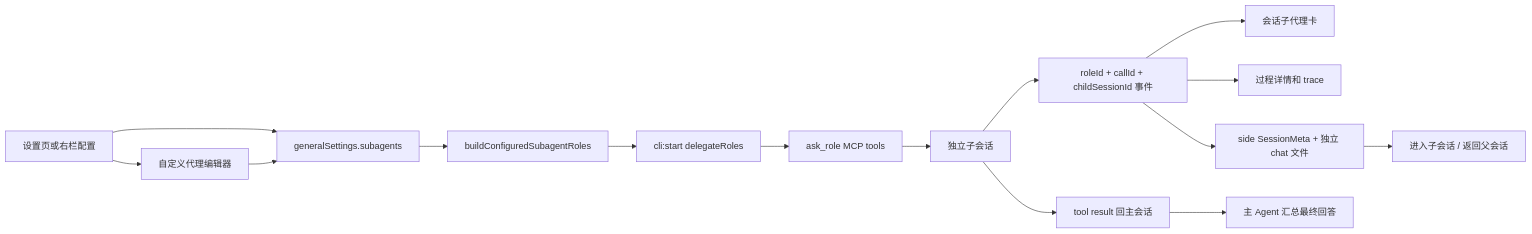
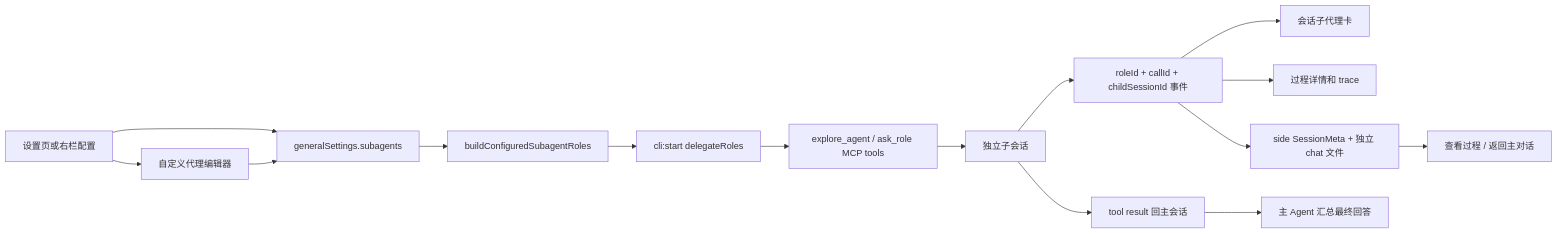
The diagram in docs/subagent-management.md (rambocode/cortex-work), drawn with Mermaid before and after one commit. The commit also changed other lines of this file and 38 other files, not shown here.

````diff
--- a/docs/subagent-management.md
+++ b/docs/subagent-management.md
@@ -20,17 +20,17 @@
 ```mermaid
 flowchart LR
   A[设置页或右栏配置] --> B[generalSettings.subagents]
   A --> N[自定义代理编辑器]
   N --> B
   B --> C[buildConfiguredSubagentRoles]
   C --> D[cli:start delegateRoles]
-  D --> E[ask_role MCP tools]
+  D --> E[explore_agent / ask_role MCP tools]
   E --> F[独立子会话]
   F --> G[roleId + callId + childSessionId 事件]
   G --> H[会话子代理卡]
   G --> I[过程详情和 trace]
   G --> L[side SessionMeta + 独立 chat 文件]
-  L --> M[进入子会话 / 返回父会话]
+  L --> M[查看过程 / 返回主对话]
   F --> J[tool result 回主会话]
   J --> K[主 Agent 汇总最终回答]
 ```
````
